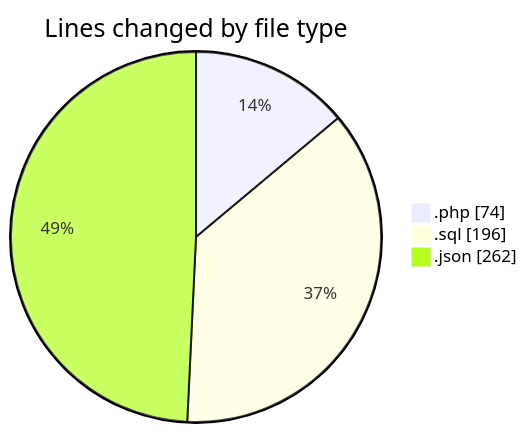
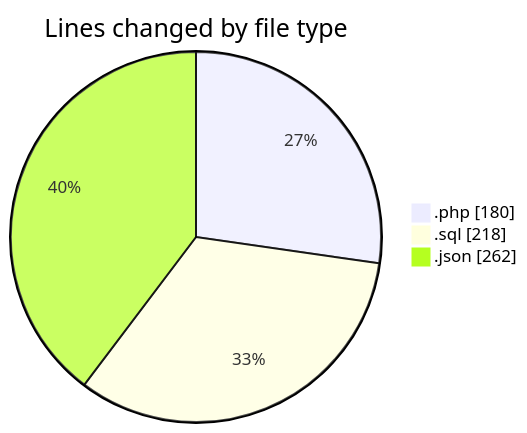
The first of 2 diagrams in 2025-10-03/boking-lapangan-futsal-main/README.md (idhammustaqopulfikri/code-tracking), drawn with Mermaid before and after one commit. The commit also changed other lines of this file and 1 other file, not shown here.

````diff
--- a/2025-10-03/boking-lapangan-futsal-main/README.md
+++ b/2025-10-03/boking-lapangan-futsal-main/README.md
@@ -22,7 +23,7 @@
 ```mermaid
 pie showData
 title Lines changed by file type
-".php" : 74
-".sql" : 196
+".php" : 180
+".sql" : 218
 ".json" : 262
 ```
````
